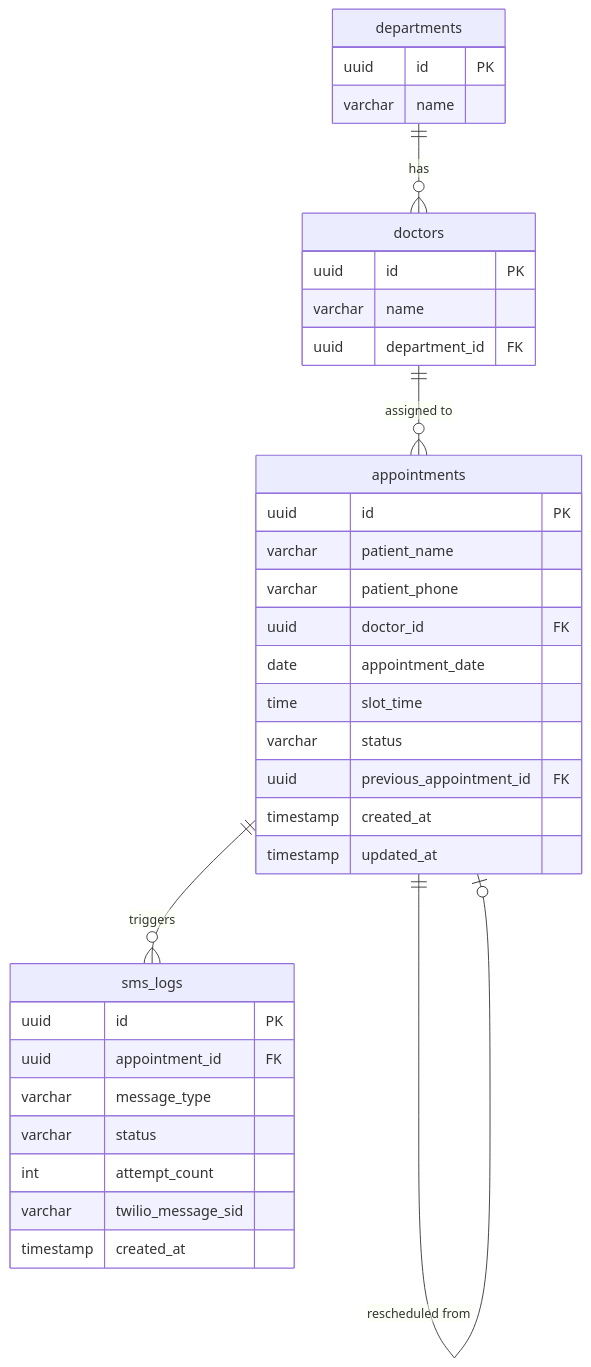
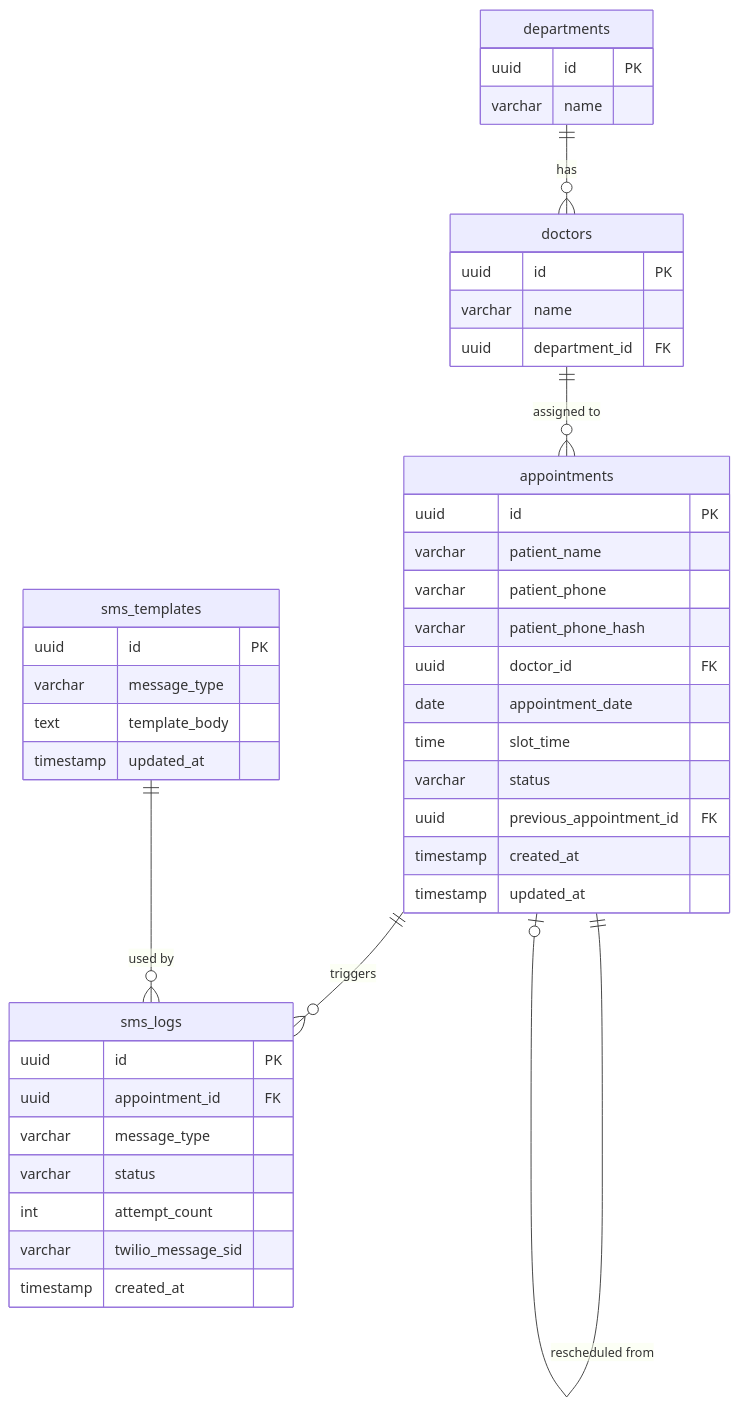
One commit to utpal74/doc-appointment-booking changed the fourth of 4 diagrams in architecture.md. Above: the diagram before and after it, drawn with Mermaid. The commit also changed other lines of this file and 1 other file, not shown here.

First line of the commit message:
docs: add design review findings and harden architecture

````diff
--- a/architecture.md
+++ b/architecture.md
@@ -273,41 +274,50 @@
 ```mermaid
 erDiagram
     departments {
         uuid id PK
         varchar name
     }
 
     doctors {
         uuid id PK
         varchar name
         uuid department_id FK
     }
 
     appointments {
         uuid id PK
         varchar patient_name
         varchar patient_phone
+        varchar patient_phone_hash
         uuid doctor_id FK
         date appointment_date
         time slot_time
         varchar status
         uuid previous_appointment_id FK
         timestamp created_at
         timestamp updated_at
     }
 
     sms_logs {
         uuid id PK
         uuid appointment_id FK
         varchar message_type
         varchar status
         int attempt_count
         varchar twilio_message_sid
         timestamp created_at
     }
 
+    sms_templates {
+        uuid id PK
+        varchar message_type
+        text template_body
+        timestamp updated_at
+    }
+
     departments ||--o{ doctors : "has"
     doctors ||--o{ appointments : "assigned to"
     appointments ||--o{ sms_logs : "triggers"
     appointments ||--o| appointments : "rescheduled from"
+    sms_templates ||--o{ sms_logs : "used by"
 ```
````
